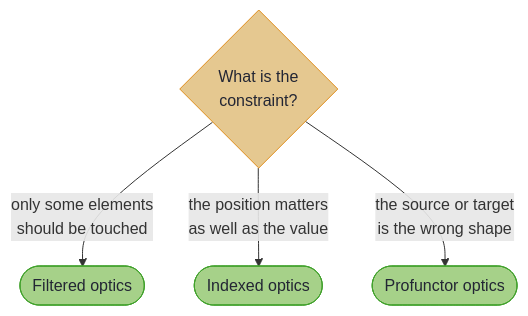
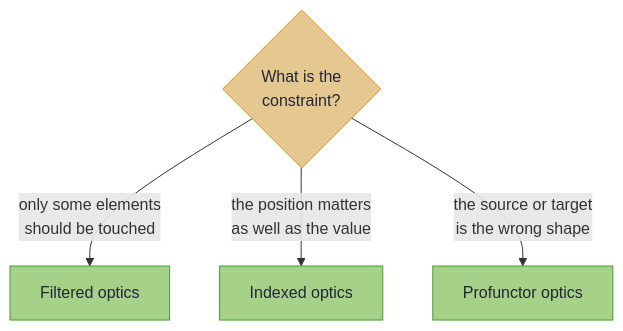
Before and after one commit to higher-kinded-j/higher-kinded-j.github.io: the third of 4 diagrams in latest/optics/decision_trees.md, drawn with Mermaid. The commit also changed other lines of this file and 55 other files, not shown here.

````diff
--- a/latest/optics/decision_trees.md
+++ b/latest/optics/decision_trees.md
@@ -85,14 +91,14 @@
 ```mermaid
 flowchart TD
     accTitle: Which advanced feature?
     accDescr: When only some elements should be touched, use filtered optics. When the position matters as well as the value, use indexed optics. When the source or target is the wrong shape, use profunctor optics.
     Q{"What is the<br/>constraint?"}
-    Q -->|"only some elements<br/>should be touched"| F(["Filtered optics"])
-    Q -->|"the position matters<br/>as well as the value"| I(["Indexed optics"])
-    Q -->|"the source or target<br/>is the wrong shape"| P(["Profunctor optics"])
+    Q -->|"only some elements<br/>should be touched"| F["Filtered optics"]
+    Q -->|"the position matters<br/>as well as the value"| I["Indexed optics"]
+    Q -->|"the source or target<br/>is the wrong shape"| P["Profunctor optics"]
 
     classDef decision fill:#e5c890,stroke:#df8e1d,color:#232634
     classDef tier fill:#a6d189,stroke:#40a02b,color:#232634
     class Q decision
     class F,I,P tier
 ```
````
